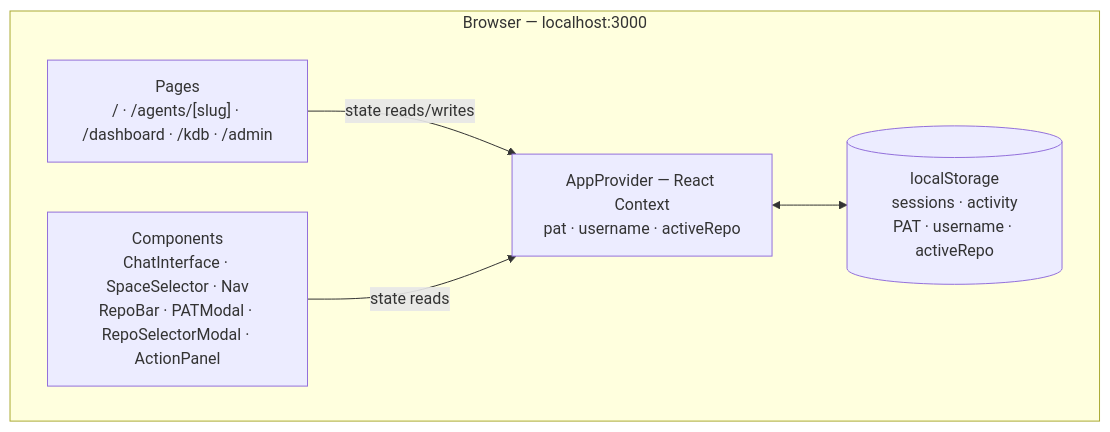
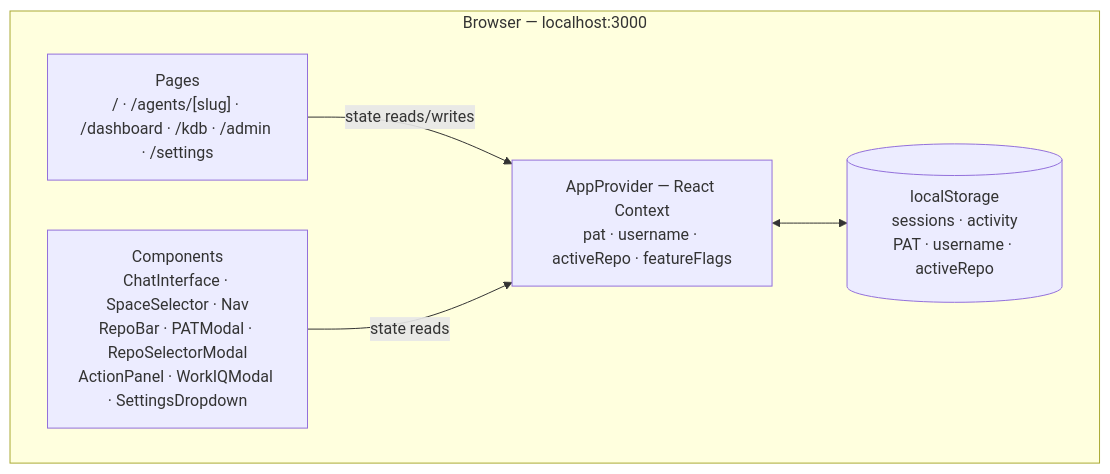
Before and after one commit to ricardocovo/agentic-web-spec: the second of 6 diagrams in ARCHITECTURE.md, drawn with Mermaid. The commit also changed other lines of this file and 1 other file, not shown here.

First line of the commit message:
docs: update README and ARCHITECTURE to reflect all current features

````diff
--- a/ARCHITECTURE.md
+++ b/ARCHITECTURE.md
@@ -29,13 +29,13 @@
 ```mermaid
 flowchart TD
     subgraph Browser["Browser — localhost:3000"]
-        Pages["Pages\n/ · /agents/[slug] · /dashboard · /kdb · /admin"]
-        Components["Components\nChatInterface · SpaceSelector · Nav\nRepoBar · PATModal · RepoSelectorModal · ActionPanel"]
-        AppCtx["AppProvider — React Context\npat · username · activeRepo"]
+        Pages["Pages\n/ · /agents/[slug] · /dashboard · /kdb · /admin · /settings"]
+        Components["Components\nChatInterface · SpaceSelector · Nav\nRepoBar · PATModal · RepoSelectorModal\nActionPanel · WorkIQModal · SettingsDropdown"]
+        AppCtx["AppProvider — React Context\npat · username · activeRepo · featureFlags"]
         LS[("localStorage\nsessions · activity\nPAT · username · activeRepo")]
     end
 
     Pages -- state reads/writes --> AppCtx
     AppCtx <--> LS
     Components -- state reads --> AppCtx
 ```
````
